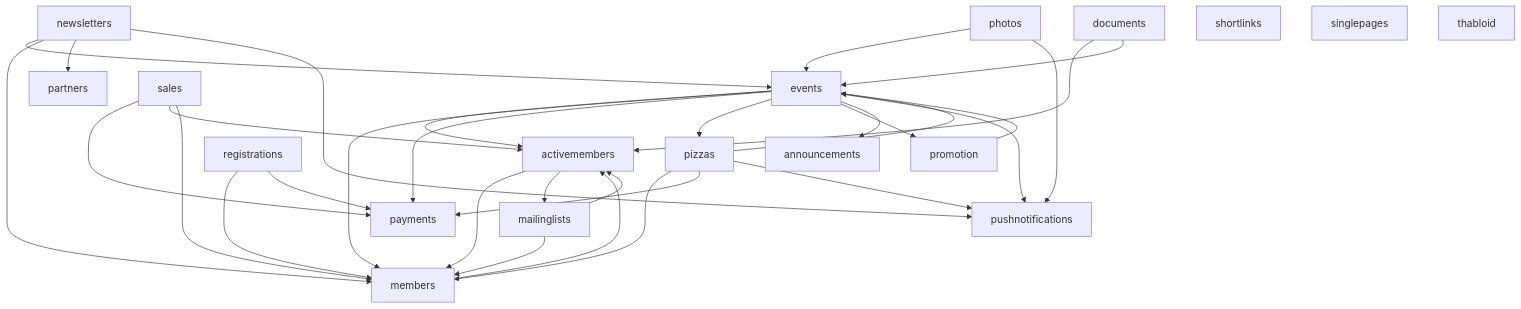
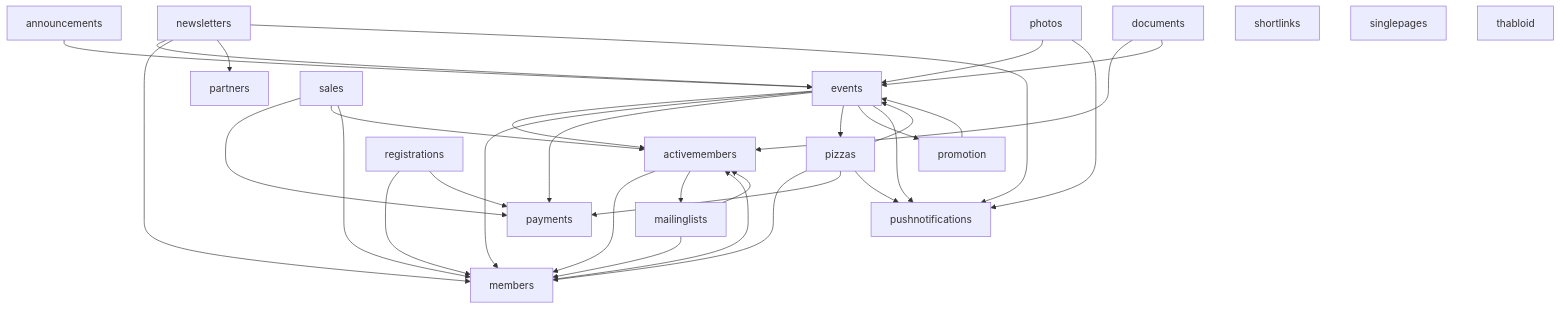
Before and after one commit to svthalia/concrexit: the diagram in README.md, drawn with Mermaid. The commit also changed 6 other files, not shown here.

````diff
--- a/README.md
+++ b/README.md
@@ -69,52 +69,49 @@
 ```mermaid
 graph TD;
+    announcements --> events;
     activemembers --> members;
     activemembers --> mailinglists;
     events --> activemembers;
     events --> members;
     events --> payments;
     mailinglists --> activemembers;
     mailinglists --> members;
     newsletters --> events;
     newsletters --> members;
     newsletters --> partners;
     photos --> events;
     pizzas --> events;
     pizzas --> members;
     pizzas --> payments;
     promotion --> events;
     registrations --> members;
     registrations --> payments;
     sales --> payments;
     sales --> activemembers;
     sales --> members;
 
     documents;
     partners;
-    announcements;
     pushnotifications;
     shortlinks;
     singlepages;
     thabloid;
 
     %% Current dependencies that are problematic and for which issues exist for fixing
     %% 2757
     documents --> activemembers;
     documents --> events;
 
     %% #2753
     events --> pizzas;
     events --> promotion;
 
     %% #2756
     members --> activemembers;
 
-    %% #2579
-    events --> announcements;
-
     %% 2758
     newsletters --> pushnotifications;
     events --> pushnotifications;
     photos --> pushnotifications;
     pizzas --> pushnotifications;
 ```
````
